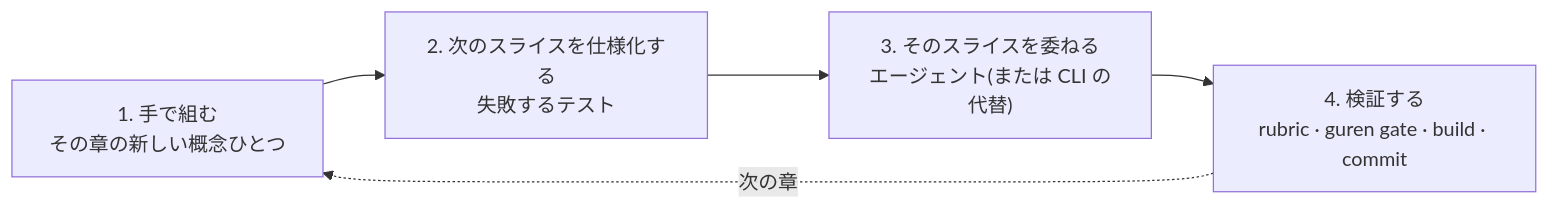
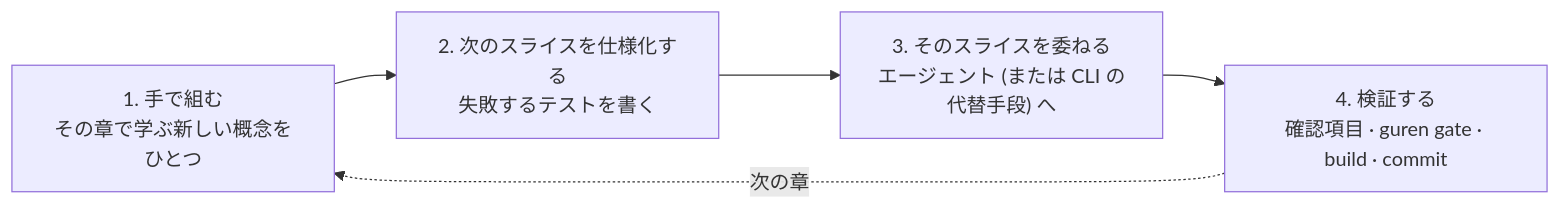
Before and after one commit to gurenjs/guren: the diagram in docs/ja/tutorials/00-overview.md, drawn with Mermaid. The commit also changed other lines of this file and 67 other files, not shown here.

````diff
--- a/docs/ja/tutorials/00-overview.md
+++ b/docs/ja/tutorials/00-overview.md
@@ -13,9 +13,9 @@
 ```mermaid
 flowchart LR
-  Hand["1. 手で組む<br/>その章の新しい概念ひとつ"]
-  Test["2. 次のスライスを仕様化する<br/>失敗するテスト"]
-  Agent["3. そのスライスを委ねる<br/>エージェント(または CLI の代替)"]
-  Verify["4. 検証する<br/>rubric · guren gate · build · commit"]
+  Hand["1. 手で組む<br/>その章で学ぶ新しい概念をひとつ"]
+  Test["2. 次のスライスを仕様化する<br/>失敗するテストを書く"]
+  Agent["3. そのスライスを委ねる<br/>エージェント (または CLI の代替手段) へ"]
+  Verify["4. 検証する<br/>確認項目 · guren gate · build · commit"]
   Hand --> Test --> Agent --> Verify
   Verify -. "次の章" .-> Hand
 ```
````
